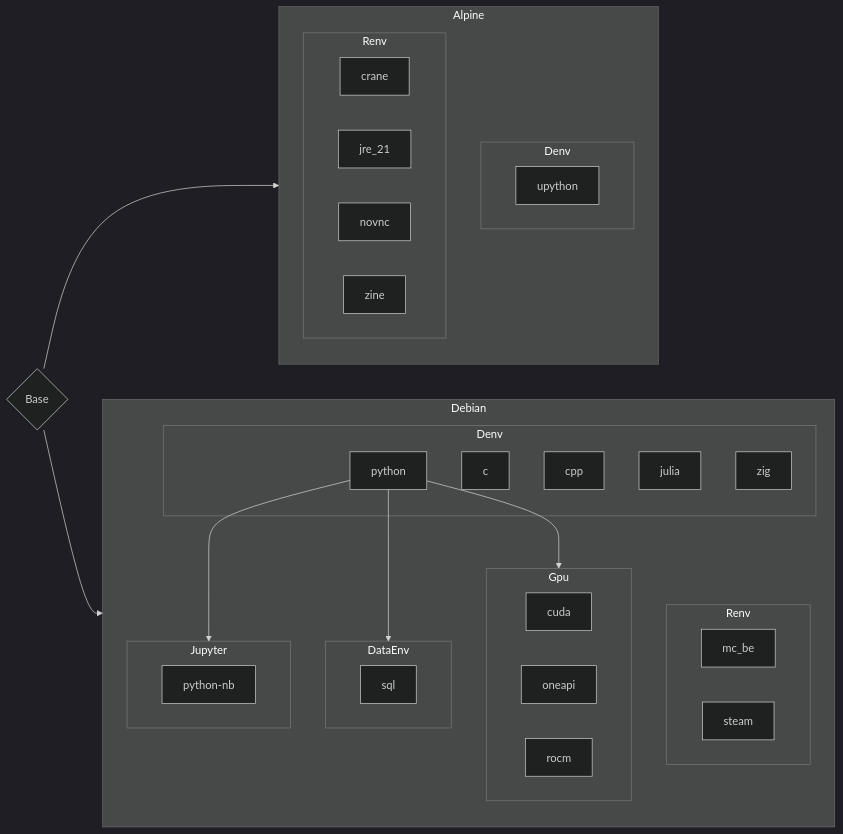
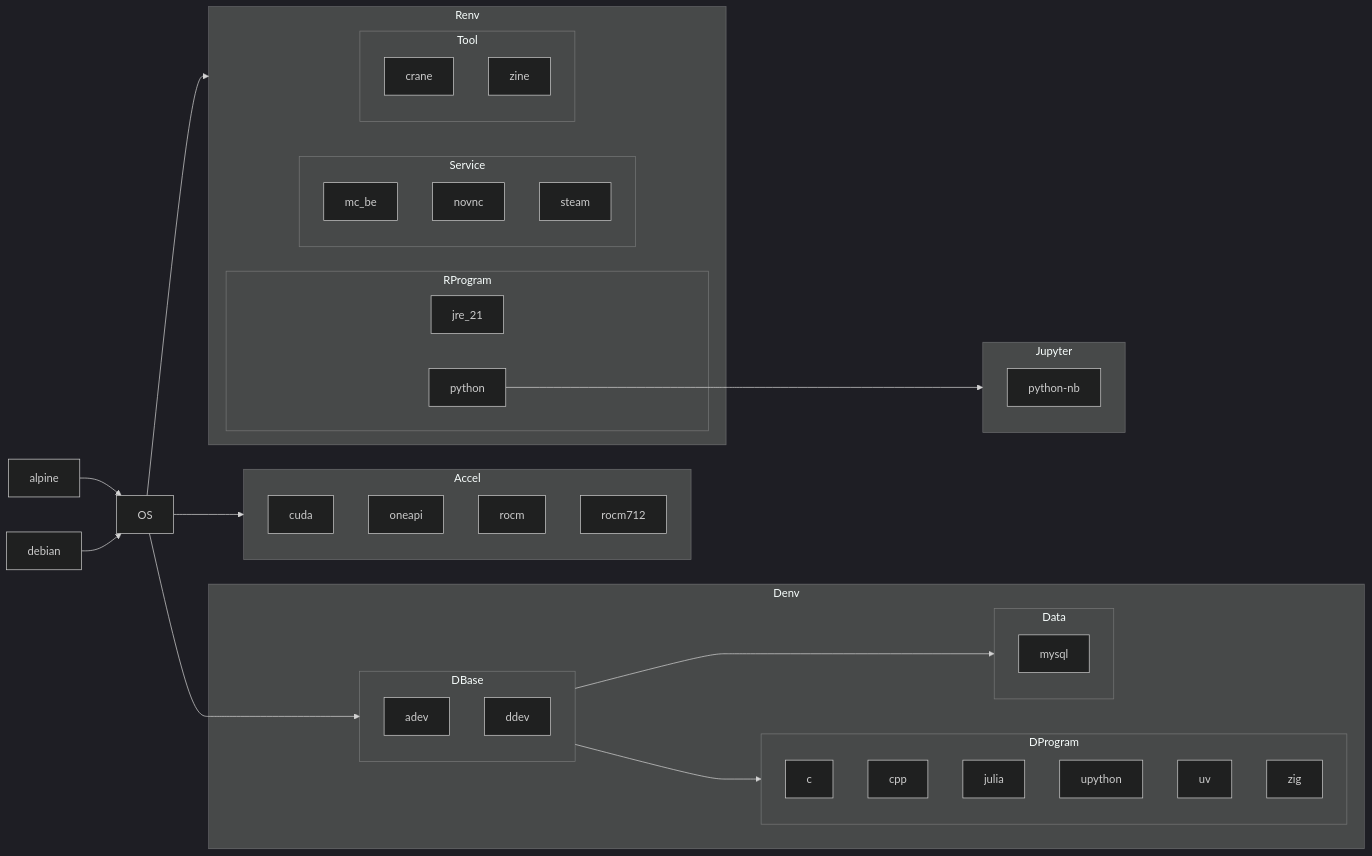
The diagram in README.md (ben0i0d/cenv), drawn with Mermaid (dark theme) before and after one commit. The commit also changed other lines of this file and 69 other files, not shown here.

````diff
--- a/README.md
+++ b/README.md
@@ -84,51 +77,71 @@
 ```mermaid
 graph LR
 
-B{Base} --> Alpine
-B --> Debian
+%% -------- OS --------
+alpine --> OS
+debian --> OS
 
-subgraph Alpine
-    subgraph AD[Denv]
-    upython
+%% -------- Accel --------
+OS --> Accel
+subgraph Accel
+    cuda
+    oneapi
+    rocm
+    rocm712
+end
+
+%% -------- Denv --------
+OS --> DBase
+subgraph Denv
+    DBase --> DProgram
+    DBase --> Data
+
+    subgraph DBase
+        adev
+        ddev
     end
-    
-    subgraph AR[Renv]
-    crane
-    jre_21
-    novnc
-    zine
+
+    subgraph DProgram
+        c
+        cpp
+        julia
+        upython
+        uv
+        zig
+    end
+
+    subgraph Data
+        mysql
     end
 end
 
-subgraph Debian
-    subgraph DD[Denv]
-    c
-    cpp
-    julia
-    python
-    zig
+%% -------- Renv --------
+OS --> Renv
+subgraph Renv
+    RProgram
+    Service
+    Tool
+
+    subgraph RProgram
+        jre_21
+        python
     end
 
-    subgraph DR[Renv]
-    mc_be
-    steam
+    subgraph Service
+        mc_be
+        novnc
+        steam
     end
 
-    python-->DataEnv
-    subgraph DataEnv
-    sql
-    end
-
-    python-->Gpu
-    subgraph Gpu
-    cuda
-    oneapi
-    rocm
-    end
-
-    python-->Jupyter
-    subgraph Jupyter
-    python-nb
+    subgraph Tool
+        crane
+        zine
     end
 end
+
+%% -------- Jupyter --------
+python --> Jupyter
+subgraph Jupyter
+    python-nb
+end
 ```
````
